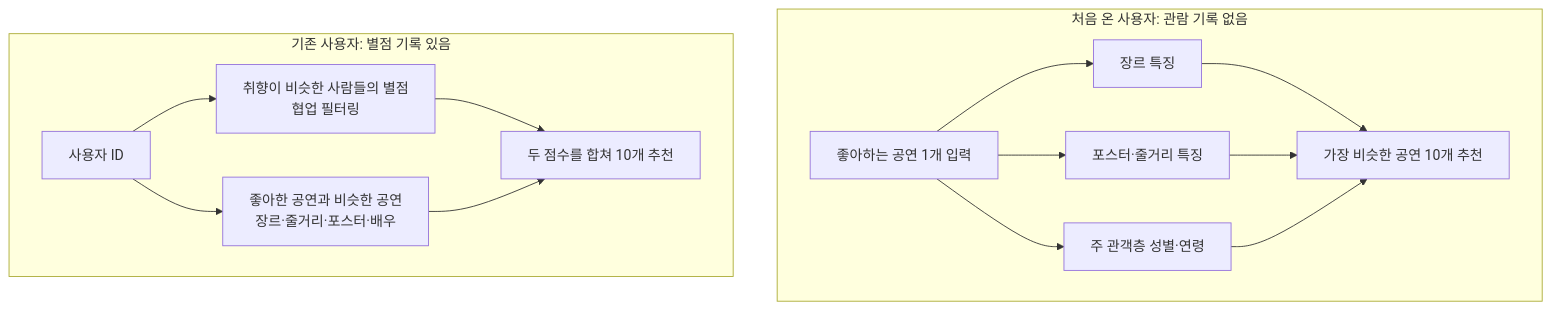
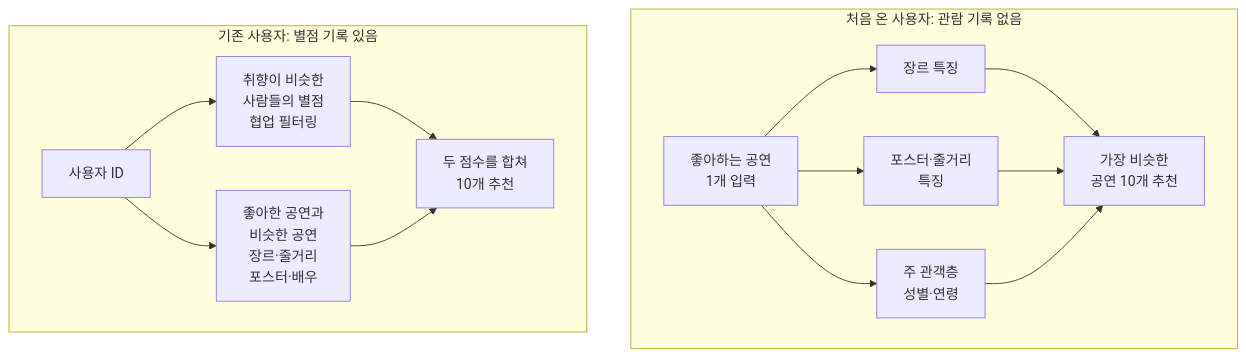
The diagram in 추천시스템/README.md (mjk022/portfolio), drawn with Mermaid before and after one commit. The commit also changed other lines of this file and 142 other files, not shown here.

Commit message:
추천시스템 웹 체험 페이지 추가, mermaid 라벨 줄바꿈 정리

````diff
--- a/추천시스템/README.md
+++ b/추천시스템/README.md
@@ -57,14 +58,14 @@
 ```mermaid
 flowchart TB
     subgraph 신규고객[처음 온 사용자: 관람 기록 없음]
-        A1[좋아하는 공연 1개 입력] --> A2[장르 특징]
-        A1 --> A3[포스터·줄거리 특징]
-        A1 --> A4[주 관객층 성별·연령]
-        A2 & A3 & A4 --> A5[가장 비슷한 공연 10개 추천]
+        A1[좋아하는 공연<br/>1개 입력] --> A2[장르 특징]
+        A1 --> A3[포스터·줄거리<br/>특징]
+        A1 --> A4[주 관객층<br/>성별·연령]
+        A2 & A3 & A4 --> A5[가장 비슷한<br/>공연 10개 추천]
     end
     subgraph 기존고객[기존 사용자: 별점 기록 있음]
-        B1[사용자 ID] --> B2[취향이 비슷한 사람들의 별점<br/>협업 필터링]
-        B1 --> B3[좋아한 공연과 비슷한 공연<br/>장르·줄거리·포스터·배우]
-        B2 & B3 --> B4[두 점수를 합쳐 10개 추천]
+        B1[사용자 ID] --> B2[취향이 비슷한<br/>사람들의 별점<br/>협업 필터링]
+        B1 --> B3[좋아한 공연과<br/>비슷한 공연<br/>장르·줄거리<br/>포스터·배우]
+        B2 & B3 --> B4[두 점수를 합쳐<br/>10개 추천]
     end
 ```
````
